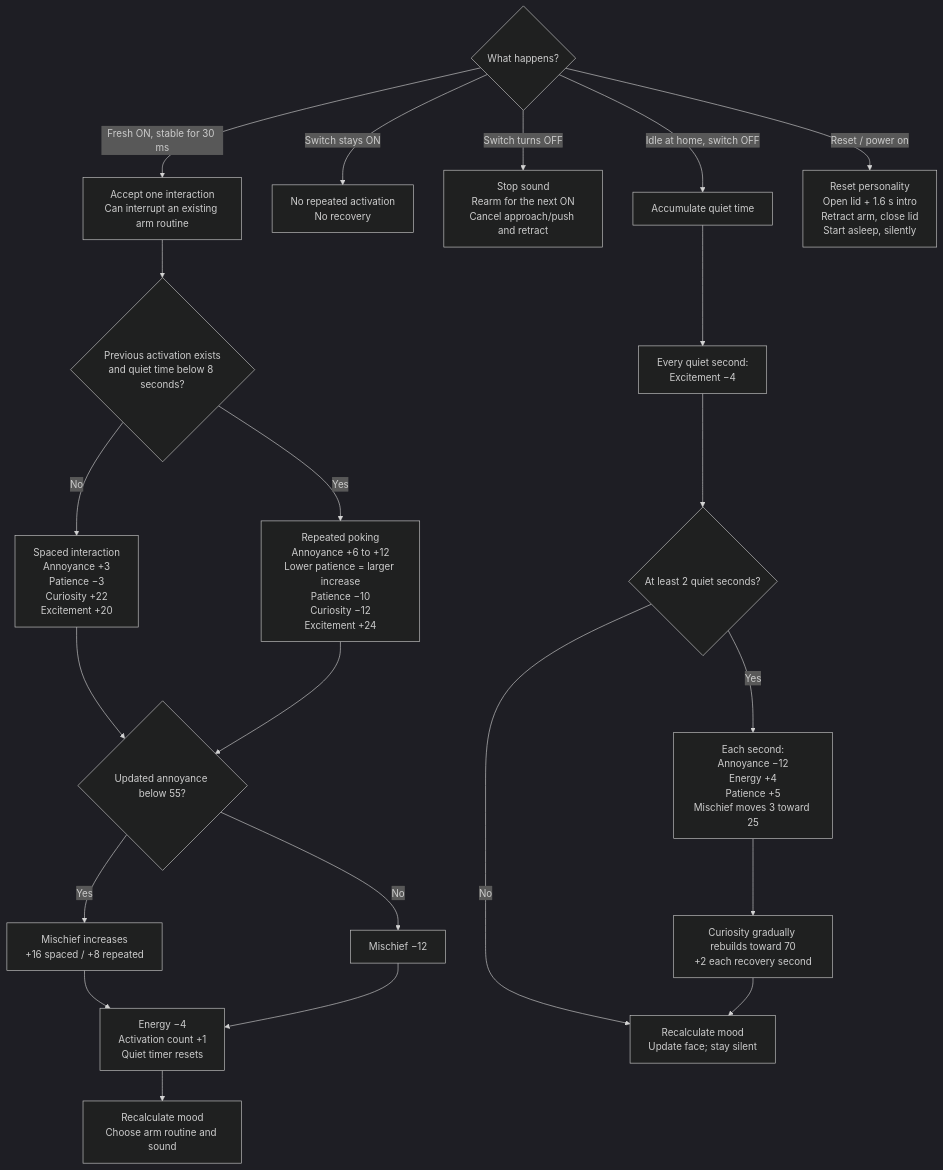
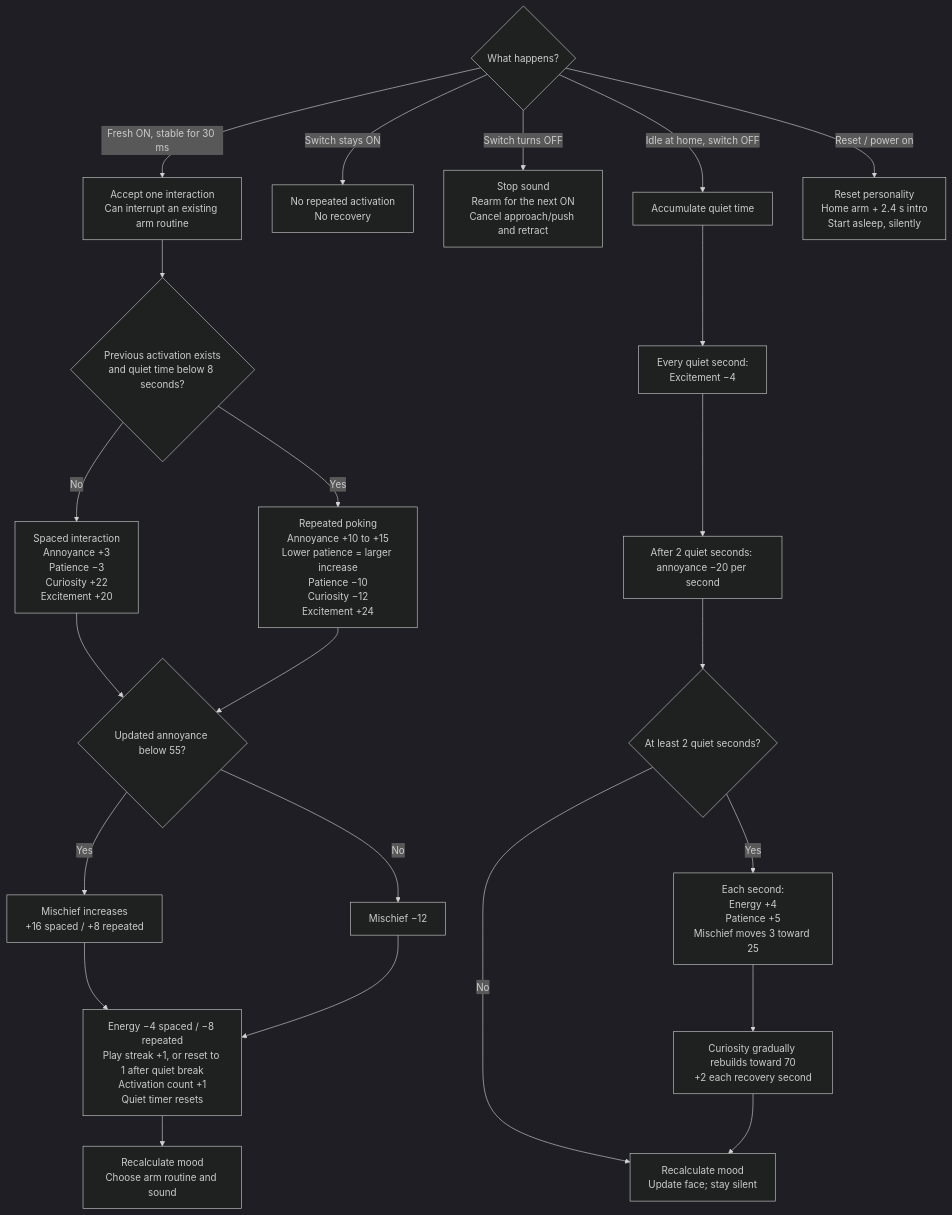
The first of 3 diagrams in docs/personality-flowchart.md (stuii/useless-machine), drawn with Mermaid (dark theme) before and after one commit. The commit also changed other lines of this file and 11 other files, not shown here.

````diff
--- a/docs/personality-flowchart.md
+++ b/docs/personality-flowchart.md
@@ -11,25 +11,26 @@
 ```mermaid
 flowchart TD
     INPUT{"What happens?"}
     INPUT -->|"Fresh ON, stable for 30 ms"| ACCEPT["Accept one interaction<br/>Can interrupt an existing arm routine"]
     INPUT -->|"Switch stays ON"| HELD["No repeated activation<br/>No recovery"]
     INPUT -->|"Switch turns OFF"| OFF["Stop sound<br/>Rearm for the next ON<br/>Cancel approach/push and retract"]
     INPUT -->|"Idle at home, switch OFF"| REST["Accumulate quiet time"]
-    INPUT -->|"Reset / power on"| RESET["Reset personality<br/>Open lid + 1.6 s intro<br/>Retract arm, close lid<br/>Start asleep, silently"]
+    INPUT -->|"Reset / power on"| RESET["Reset personality<br/>Home arm + 2.4 s intro<br/>Start asleep, silently"]
     ACCEPT --> RAPID{"Previous activation exists<br/>and quiet time below 8 seconds?"}
     RAPID -->|No| SPACED["Spaced interaction<br/>Annoyance +3<br/>Patience −3<br/>Curiosity +22<br/>Excitement +20"]
-    RAPID -->|Yes| REPEAT["Repeated poking<br/>Annoyance +6 to +12<br/>Lower patience = larger increase<br/>Patience −10<br/>Curiosity −12<br/>Excitement +24"]
+    RAPID -->|Yes| REPEAT["Repeated poking<br/>Annoyance +10 to +15<br/>Lower patience = larger increase<br/>Patience −10<br/>Curiosity −12<br/>Excitement +24"]
     SPACED --> MISCHIEF{"Updated annoyance below 55?"}
     REPEAT --> MISCHIEF
     MISCHIEF -->|Yes| FUN["Mischief increases<br/>+16 spaced / +8 repeated"]
     MISCHIEF -->|No| UNFUN["Mischief −12"]
-    FUN --> COST["Energy −4<br/>Activation count +1<br/>Quiet timer resets"]
+    FUN --> COST["Energy −4 spaced / −8 repeated<br/>Play streak +1, or reset to 1 after quiet break<br/>Activation count +1<br/>Quiet timer resets"]
     UNFUN --> COST
     COST --> SELECT["Recalculate mood<br/>Choose arm routine and sound"]
     REST --> SECOND["Every quiet second:<br/>Excitement −4"]
-    SECOND --> GRACE{"At least 2 quiet seconds?"}
+    SECOND --> ANGER["After 2 quiet seconds: annoyance −20 per second"]
+    ANGER --> GRACE{"At least 2 quiet seconds?"}
     GRACE -->|No| RECALC["Recalculate mood<br/>Update face; stay silent"]
-    GRACE -->|Yes| RECOVER["Each second:<br/>Annoyance −12<br/>Energy +4<br/>Patience +5<br/>Mischief moves 3 toward 25"]
+    GRACE -->|Yes| RECOVER["Each second:<br/>Energy +4<br/>Patience +5<br/>Mischief moves 3 toward 25"]
     RECOVER --> NOVELTY["Curiosity gradually rebuilds toward 70<br/>+2 each recovery second"]
     NOVELTY --> RECALC
 ```
````
